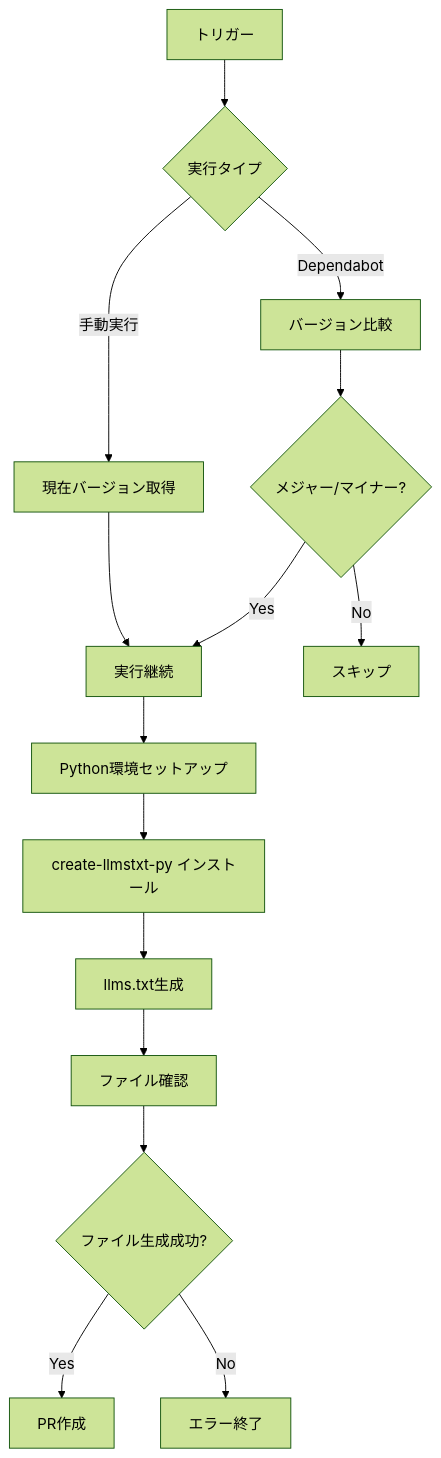
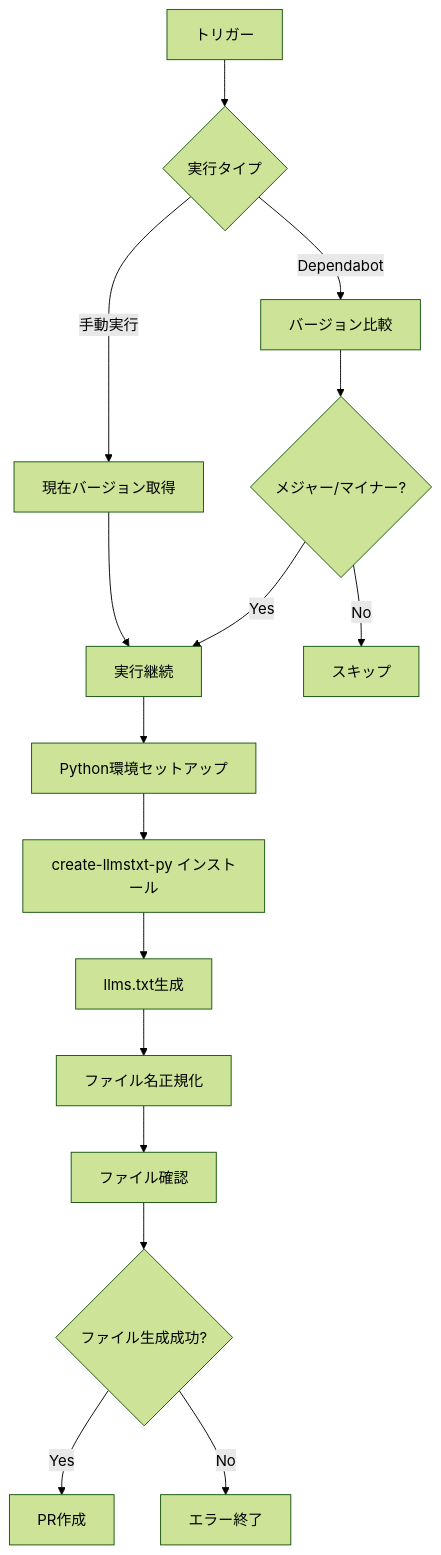
Before and after one commit to Suree33/blog: the diagram in docs/actions/update-tailwind-llmstxt.md, drawn with Mermaid (forest theme). The commit also changed other lines of this file and 1 other file, not shown here.

````diff
--- a/docs/actions/update-tailwind-llmstxt.md
+++ b/docs/actions/update-tailwind-llmstxt.md
@@ -61,19 +61,20 @@
 ```mermaid
 flowchart TD
     A[トリガー] --> B{実行タイプ}
     B -->|Dependabot| C[バージョン比較]
     B -->|手動実行| D[現在バージョン取得]
     
     C --> E{メジャー/マイナー?}
     E -->|Yes| F[実行継続]
     E -->|No| G[スキップ]
     
     D --> F
     F --> H[Python環境セットアップ]
     H --> I[create-llmstxt-py インストール]
     I --> J[llms.txt生成]
-    J --> K[ファイル確認]
-    K --> L{ファイル生成成功?}
-    L -->|Yes| M[PR作成]
-    L -->|No| N[エラー終了]
+    J --> K[ファイル名正規化]
+    K --> L[ファイル確認]
+    L --> M{ファイル生成成功?}
+    M -->|Yes| N[PR作成]
+    M -->|No| O[エラー終了]
 ```
````
